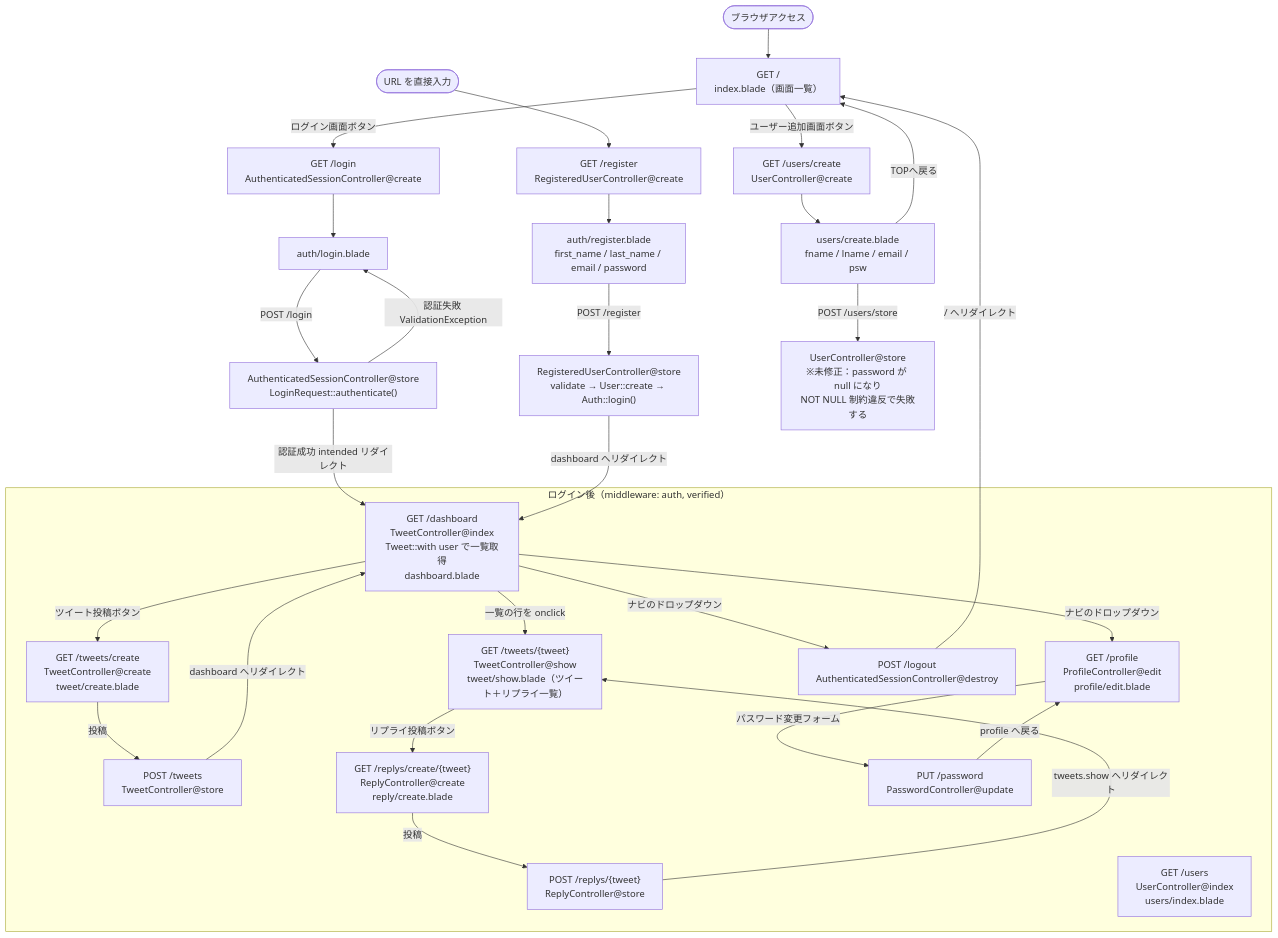
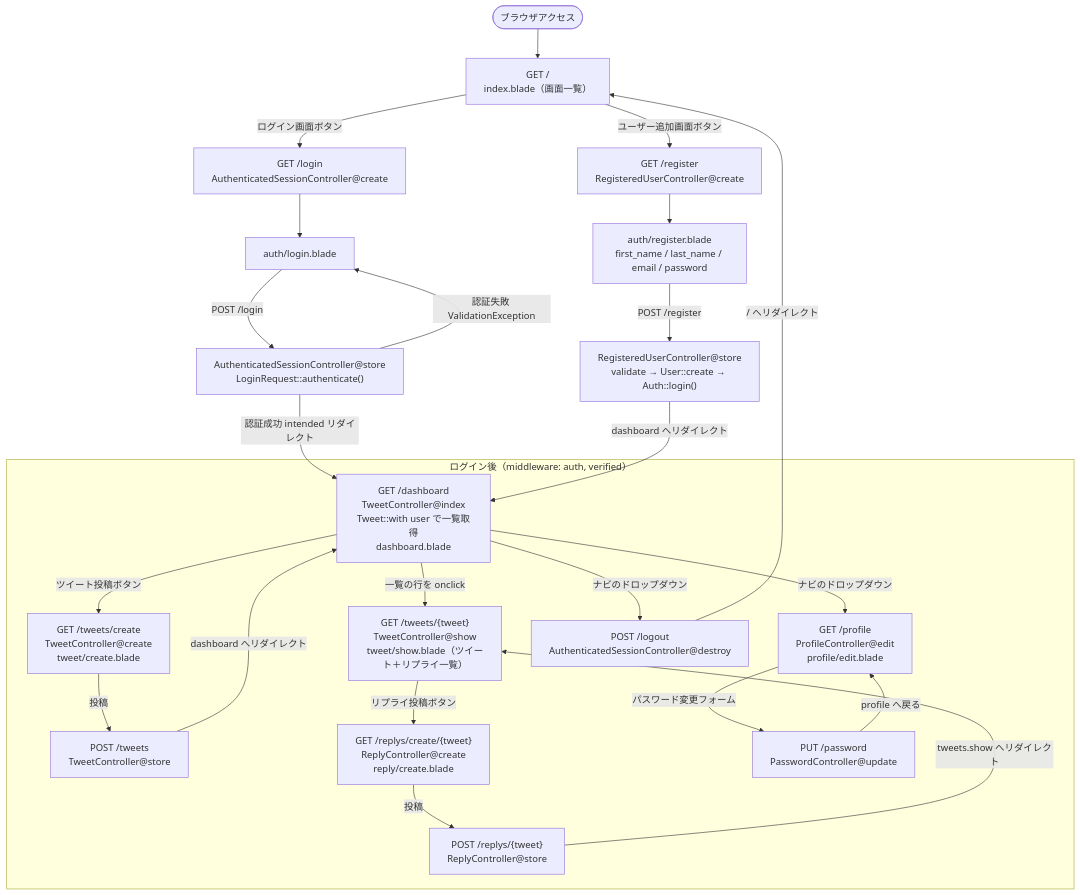
The diagram in mermaid/flowchart.md (MaruCat000/my-laravel-app-breeze), drawn with Mermaid before and after one commit. The commit also changed other lines of this file and 7 other files, not shown here.

Commit message:
UserController関連のルート・ビュー削除、README・図を更新

````diff
--- a/mermaid/flowchart.md
+++ b/mermaid/flowchart.md
@@ -6,51 +6,43 @@
 ```mermaid
 flowchart TD
     Start([ブラウザアクセス]) --> Root["GET /<br>index.blade（画面一覧）"]
-    Direct([URL を直接入力]) --> RegisterGet["GET /register<br>RegisteredUserController@create"]
 
     Root -->|ログイン画面ボタン| LoginGet["GET /login<br>AuthenticatedSessionController@create"]
-    Root -->|ユーザー追加画面ボタン| UserCreate["GET /users/create<br>UserController@create"]
+    Root -->|ユーザー追加画面ボタン| RegisterGet["GET /register<br>RegisteredUserController@create"]
 
     LoginGet --> LoginView["auth/login.blade"]
     LoginView -->|POST /login| LoginPost["AuthenticatedSessionController@store<br>LoginRequest::authenticate()"]
     LoginPost -->|認証成功 intended リダイレクト| Dashboard
     LoginPost -->|認証失敗 ValidationException| LoginView
 
     RegisterGet --> RegisterView["auth/register.blade<br>first_name / last_name / email / password"]
     RegisterView -->|POST /register| RegisterPost["RegisteredUserController@store<br>validate → User::create → Auth::login()"]
     RegisterPost -->|dashboard へリダイレクト| Dashboard
 
-    UserCreate --> UserCreateView["users/create.blade<br>fname / lname / email / psw"]
-    UserCreateView -->|TOPへ戻る| Root
-    UserCreateView -->|POST /users/store| UserStore["UserController@store<br>※未修正：password が null になり<br>NOT NULL 制約違反で失敗する"]
-
     subgraph AUTH["ログイン後（middleware: auth, verified）"]
         Dashboard["GET /dashboard<br>TweetController@index<br>Tweet::with user で一覧取得<br>dashboard.blade"]
         TweetCreate["GET /tweets/create<br>TweetController@create<br>tweet/create.blade"]
         TweetStore["POST /tweets<br>TweetController@store"]
         TweetShow["GET /tweets/{tweet}<br>TweetController@show<br>tweet/show.blade（ツイート＋リプライ一覧）"]
         ReplyCreate["GET /replys/create/{tweet}<br>ReplyController@create<br>reply/create.blade"]
         ReplyStore["POST /replys/{tweet}<br>ReplyController@store"]
         Profile["GET /profile<br>ProfileController@edit<br>profile/edit.blade"]
         PasswordUpdate["PUT /password<br>PasswordController@update"]
-        Users["GET /users<br>UserController@index<br>users/index.blade"]
         Logout["POST /logout<br>AuthenticatedSessionController@destroy"]
     end
 
     Dashboard -->|ツイート投稿ボタン| TweetCreate
     TweetCreate -->|投稿| TweetStore
     TweetStore -->|dashboard へリダイレクト| Dashboard
 
     Dashboard -->|一覧の行を onclick| TweetShow
     TweetShow -->|リプライ投稿ボタン| ReplyCreate
     ReplyCreate -->|投稿| ReplyStore
     ReplyStore -->|tweets.show へリダイレクト| TweetShow
 
     Dashboard -->|ナビのドロップダウン| Profile
     Profile -->|パスワード変更フォーム| PasswordUpdate
     PasswordUpdate -->|profile へ戻る| Profile
     Dashboard -->|ナビのドロップダウン| Logout
     Logout -->|/ へリダイレクト| Root
-
-    %% GET /register と GET /users はどの画面からもリンクされておらず、URL 直打ちでのみ到達可能
 ```
````
